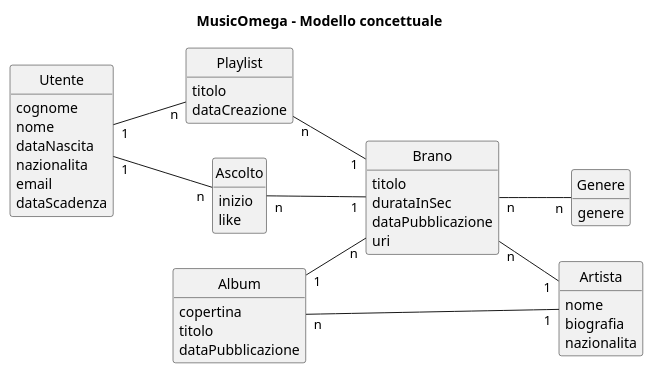
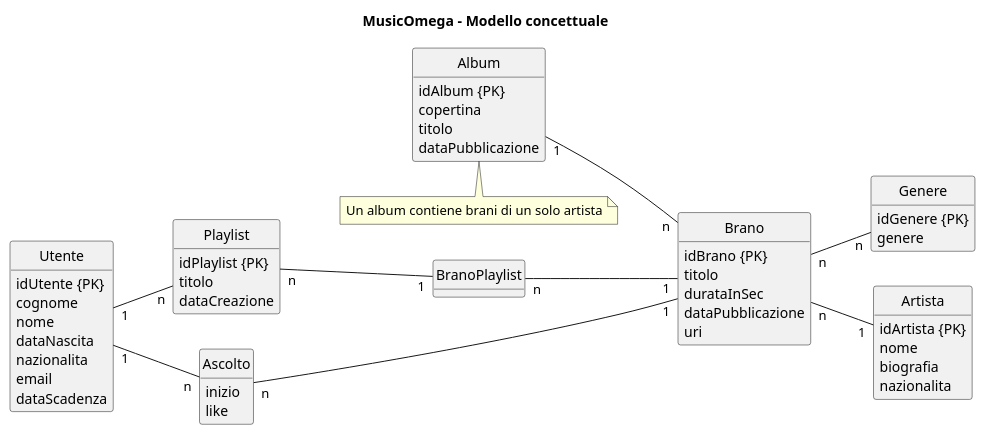
The diagram in 5a/musicomega/musicomega-schema-concettuale.puml (gionatamassibenincasa/as-25-26), drawn with PlantUML before and after one commit. The commit also changed 3 other files, not shown here.

```diff
--- a/5a/musicomega/musicomega-schema-concettuale.puml
+++ b/5a/musicomega/musicomega-schema-concettuale.puml
@@ -1,58 +1,69 @@
 @startuml 
 left to right direction
 hide circles
 hide empty methods
 
 title: MusicOmega - Modello concettuale
 
 class Utente  {
+   idUtente {PK}
    cognome
    nome
    dataNascita
    nazionalita
    email
    dataScadenza
 }
 
 class Brano {
+  idBrano {PK}
   titolo
   durataInSec
   dataPubblicazione
   uri
 }
 
 class Genere {
+  idGenere {PK}
   genere
 }
 
 class Album {
+  idAlbum {PK}
   copertina
   titolo
   dataPubblicazione
 }
 
 class Artista {
+idArtista {PK}
  nome
  biografia
  nazionalita 
 }
 
 class Playlist {
+  idPlaylist {PK}
   titolo
   dataCreazione
+}
+
+class BranoPlaylist {
 }
 
 class Ascolto {
   inizio
   like
 }
 
 Utente "1" -- "n" Playlist
-Playlist "n" -- "1" Brano
+Playlist "n" -- "1" BranoPlaylist
+BranoPlaylist "n" -- "1" Brano
 Album "1" -- "n" Brano
 Brano "n" -- "n" Genere
 Brano "n" -- "1" Artista
-Album "n" -- "1" Artista
+' Album "n" -- "1" Artista
+Note bottom of Album: Un album contiene brani di un solo artista
 Utente "1" -- "n" Ascolto
 Ascolto "n" -- "1" Brano
 @enduml
```
